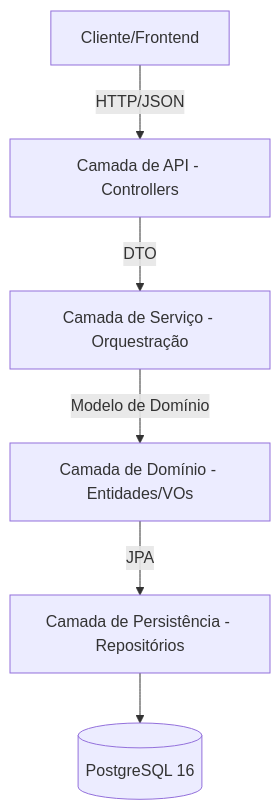
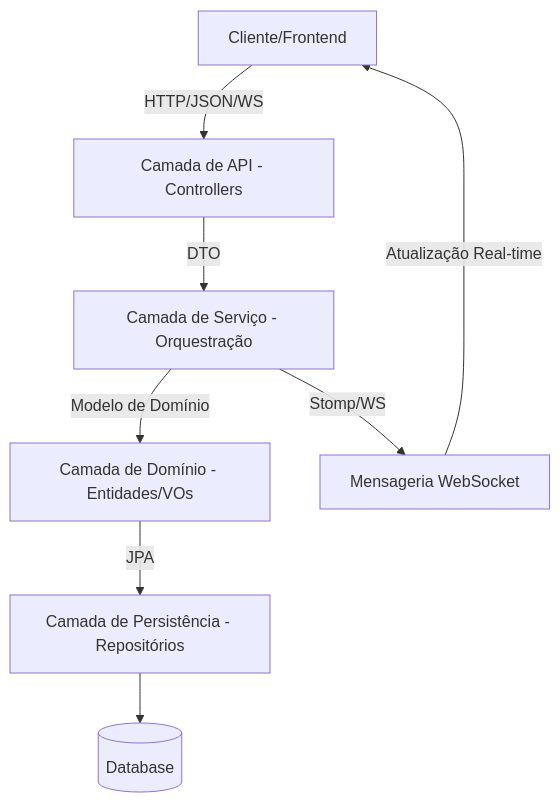
The first of 2 diagrams in docs/pt-br/ARQUITETURA.md (DessimA/delivery_system), drawn with Mermaid before and after one commit. The commit also changed other lines of this file and 92 other files, not shown here.

````diff
--- a/docs/pt-br/ARQUITETURA.md
+++ b/docs/pt-br/ARQUITETURA.md
@@ -7,8 +7,10 @@
 ```mermaid
 graph TD
-    Client[Cliente/Frontend] -- HTTP/JSON --> API[Camada de API - Controllers]
+    Client[Cliente/Frontend] -- HTTP/JSON/WS --> API[Camada de API - Controllers]
     API -- DTO --> Service[Camada de Serviço - Orquestração]
     Service -- Modelo de Domínio --> Domain[Camada de Domínio - Entidades/VOs]
     Domain -- JPA --> Persistence[Camada de Persistência - Repositórios]
-    Persistence --> DB[(PostgreSQL 16)]
+    Persistence --> DB[(Database)]
+    Service -- Stomp/WS --> Broker[Mensageria WebSocket]
+    Broker -- Atualização Real-time --> Client
 ```
````
